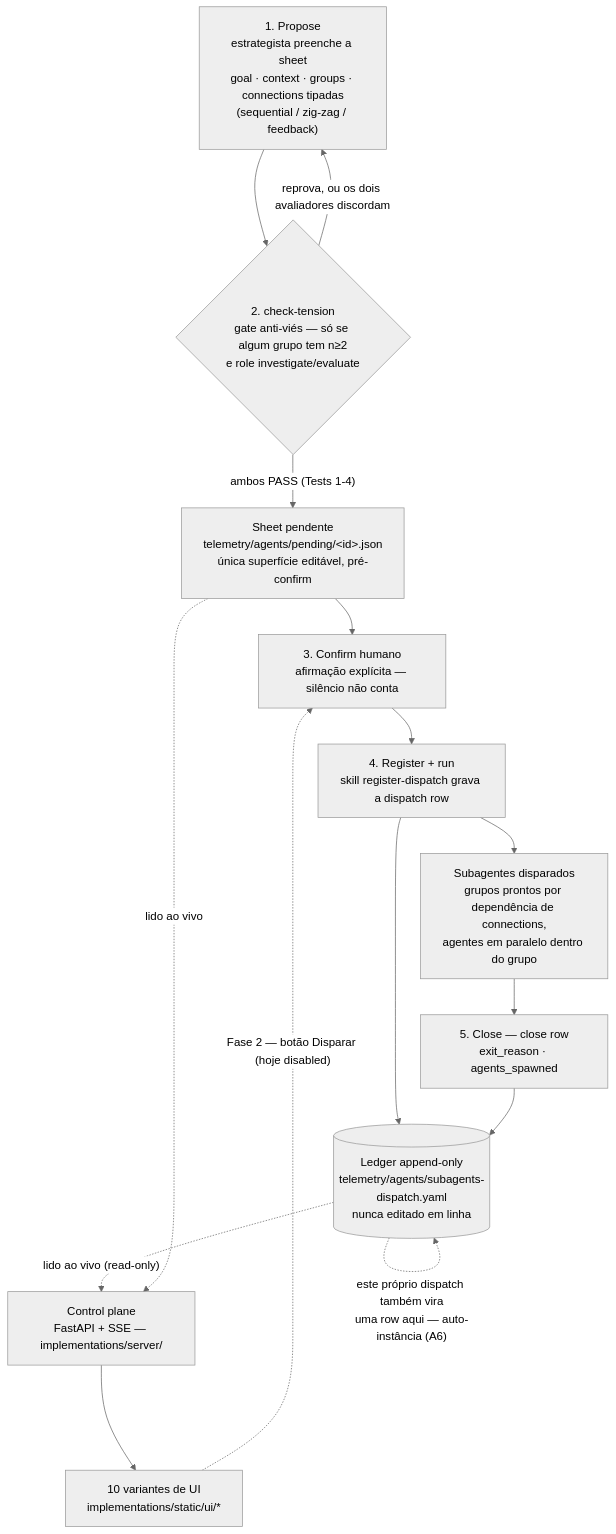
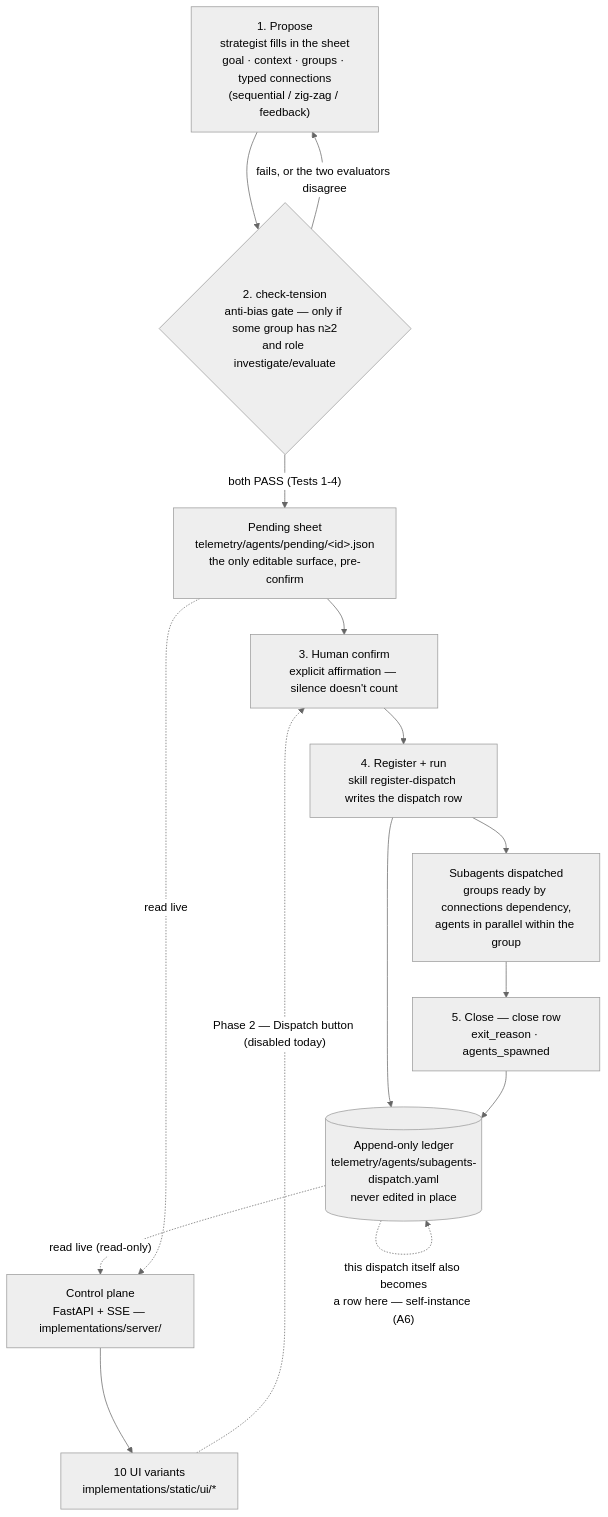
The first of 2 diagrams in README.md (VictorBoscaro/cyberalchemy-orchestrator), drawn with Mermaid (neutral theme) before and after one commit. The commit also changed other lines of this file, not shown here.

````diff
--- a/README.md
+++ b/README.md
@@ -63,20 +64,20 @@
 ```mermaid
 flowchart TD
-    A["1. Propose<br/>estrategista preenche a sheet<br/>goal · context · groups · connections tipadas<br/>(sequential / zig-zag / feedback)"]
-    B{"2. check-tension<br/>gate anti-viés — só se algum grupo tem n≥2<br/>e role investigate/evaluate"}
+    A["1. Propose<br/>strategist fills in the sheet<br/>goal · context · groups · typed connections<br/>(sequential / zig-zag / feedback)"]
+    B{"2. check-tension<br/>anti-bias gate — only if some group has n≥2<br/>and role investigate/evaluate"}
     A --> B
-    B -- "reprova, ou os dois avaliadores discordam" --> A
-    B -- "ambos PASS (Tests 1-4)" --> P
-    P["Sheet pendente<br/>telemetry/agents/pending/&lt;id&gt;.json<br/>única superfície editável, pré-confirm"]
-    P --> C["3. Confirm humano<br/>afirmação explícita — silêncio não conta"]
-    C --> D["4. Register + run<br/>skill register-dispatch grava a dispatch row"]
-    D --> L[("Ledger append-only<br/>telemetry/agents/subagents-dispatch.yaml<br/>nunca editado em linha")]
-    D --> E["Subagentes disparados<br/>grupos prontos por dependência de connections,<br/>agentes em paralelo dentro do grupo"]
+    B -- "fails, or the two evaluators disagree" --> A
+    B -- "both PASS (Tests 1-4)" --> P
+    P["Pending sheet<br/>telemetry/agents/pending/&lt;id&gt;.json<br/>the only editable surface, pre-confirm"]
+    P --> C["3. Human confirm<br/>explicit affirmation — silence doesn't count"]
+    C --> D["4. Register + run<br/>skill register-dispatch writes the dispatch row"]
+    D --> L[("Append-only ledger<br/>telemetry/agents/subagents-dispatch.yaml<br/>never edited in place")]
+    D --> E["Subagents dispatched<br/>groups ready by connections dependency,<br/>agents in parallel within the group"]
     E --> F["5. Close — close row<br/>exit_reason · agents_spawned"]
     F --> L
-    L -. "lido ao vivo (read-only)" .-> UI["Control plane<br/>FastAPI + SSE — implementations/server/"]
-    P -. "lido ao vivo" .-> UI
-    UI --> V["10 variantes de UI<br/>implementations/static/ui/*"]
-    V -. "Fase 2 — botão Disparar (hoje disabled)" .-> C
-    L -. "este próprio dispatch também vira<br/>uma row aqui — auto-instância (A6)" .-> L
+    L -. "read live (read-only)" .-> UI["Control plane<br/>FastAPI + SSE — implementations/server/"]
+    P -. "read live" .-> UI
+    UI --> V["10 UI variants<br/>implementations/static/ui/*"]
+    V -. "Phase 2 — Dispatch button (disabled today)" .-> C
+    L -. "this dispatch itself also becomes<br/>a row here — self-instance (A6)" .-> L
 ```
````
